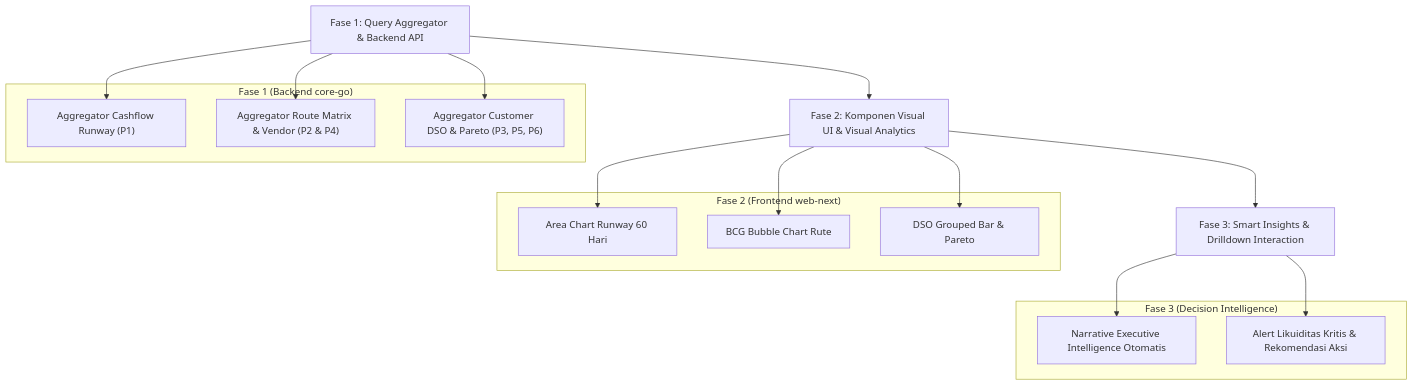
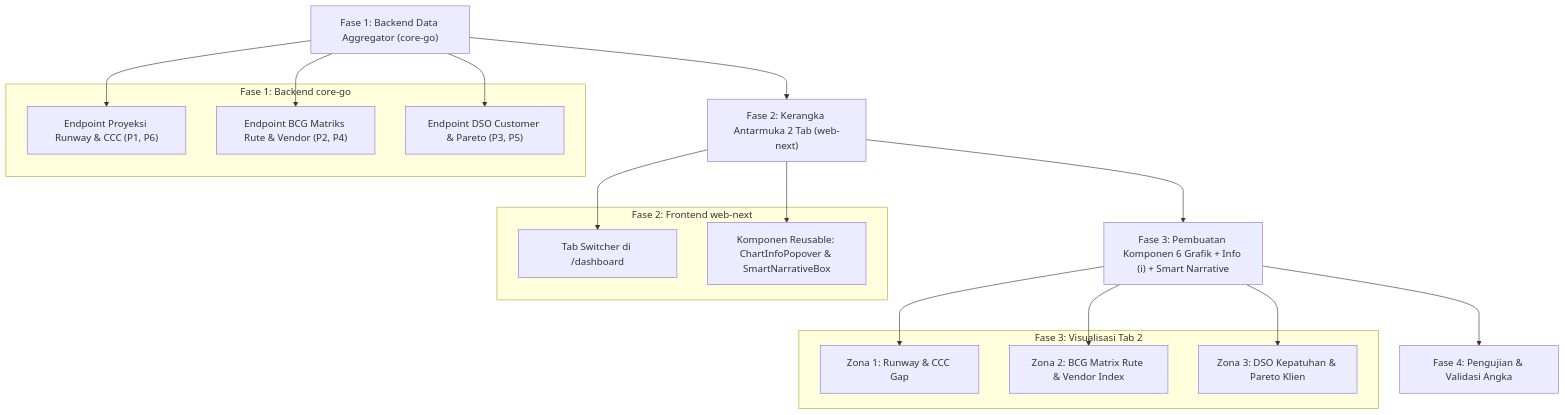
One commit to odealidj/cashflow-shipment-adi changed the second of 2 diagrams in docs/rencana_pengembangan_grafik_pertumbuhan_bisnis.md. Above: the diagram before and after it, drawn with Mermaid. The commit also changed other lines of this file and 12 other files, not shown here.

First line of the commit message:
feat(dashboard): implement 6 strategic analytics charts and 2-tab executive view

````diff
--- a/docs/rencana_pengembangan_grafik_pertumbuhan_bisnis.md
+++ b/docs/rencana_pengembangan_grafik_pertumbuhan_bisnis.md
@@ -176,31 +275,32 @@
 ```mermaid
 graph TD
-    A["Fase 1: Query Aggregator & Backend API"] --> B["Fase 2: Komponen Visual UI & Visual Analytics"]
-    B --> C["Fase 3: Smart Insights & Drilldown Interaction"]
+    F1["Fase 1: Backend Data Aggregator (core-go)"] --> F2["Fase 2: Kerangka Antarmuka 2 Tab (web-next)"]
+    F2 --> F3["Fase 3: Pembuatan Komponen 6 Grafik + Info (i) + Smart Narrative"]
+    F3 --> F4["Fase 4: Pengujian & Validasi Angka"]
     
-    subgraph "Fase 1 (Backend core-go)"
-        A1["Aggregator Cashflow Runway (P1)"]
-        A2["Aggregator Route Matrix & Vendor (P2 & P4)"]
-        A3["Aggregator Customer DSO & Pareto (P3, P5, P6)"]
+    subgraph "Fase 1: Backend core-go"
+        F1A["Endpoint Proyeksi Runway & CCC (P1, P6)"]
+        F1B["Endpoint BCG Matriks Rute & Vendor (P2, P4)"]
+        F1C["Endpoint DSO Customer & Pareto (P3, P5)"]
     end
     
-    subgraph "Fase 2 (Frontend web-next)"
-        B1["Area Chart Runway 60 Hari"]
-        B2["BCG Bubble Chart Rute"]
-        B3["DSO Grouped Bar & Pareto"]
+    subgraph "Fase 2: Frontend web-next"
+        F2A["Tab Switcher di /dashboard"]
+        F2B["Komponen Reusable: ChartInfoPopover & SmartNarrativeBox"]
     end
     
-    subgraph "Fase 3 (Decision Intelligence)"
-        C1["Narrative Executive Intelligence Otomatis"]
-        C2["Alert Likuiditas Kritis & Rekomendasi Aksi"]
+    subgraph "Fase 3: Visualisasi Tab 2"
+        F3A["Zona 1: Runway & CCC Gap"]
+        F3B["Zona 2: BCG Matrix Rute & Vendor Index"]
+        F3C["Zona 3: DSO Kepatuhan & Pareto Klien"]
     end
     
-    A --> A1
-    A --> A2
-    A --> A3
-    B --> B1
-    B --> B2
-    B --> B3
-    C --> C1
-    C --> C2
+    F1 --> F1A
+    F1 --> F1B
+    F1 --> F1C
+    F2 --> F2A
+    F2 --> F2B
+    F3 --> F3A
+    F3 --> F3B
+    F3 --> F3C
 ```
````
